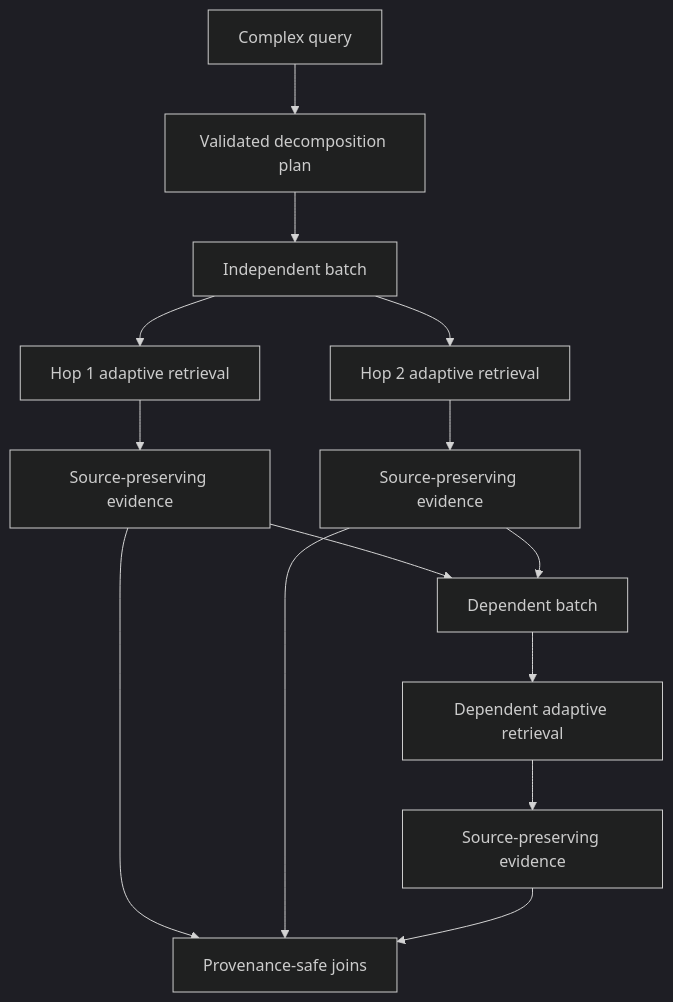
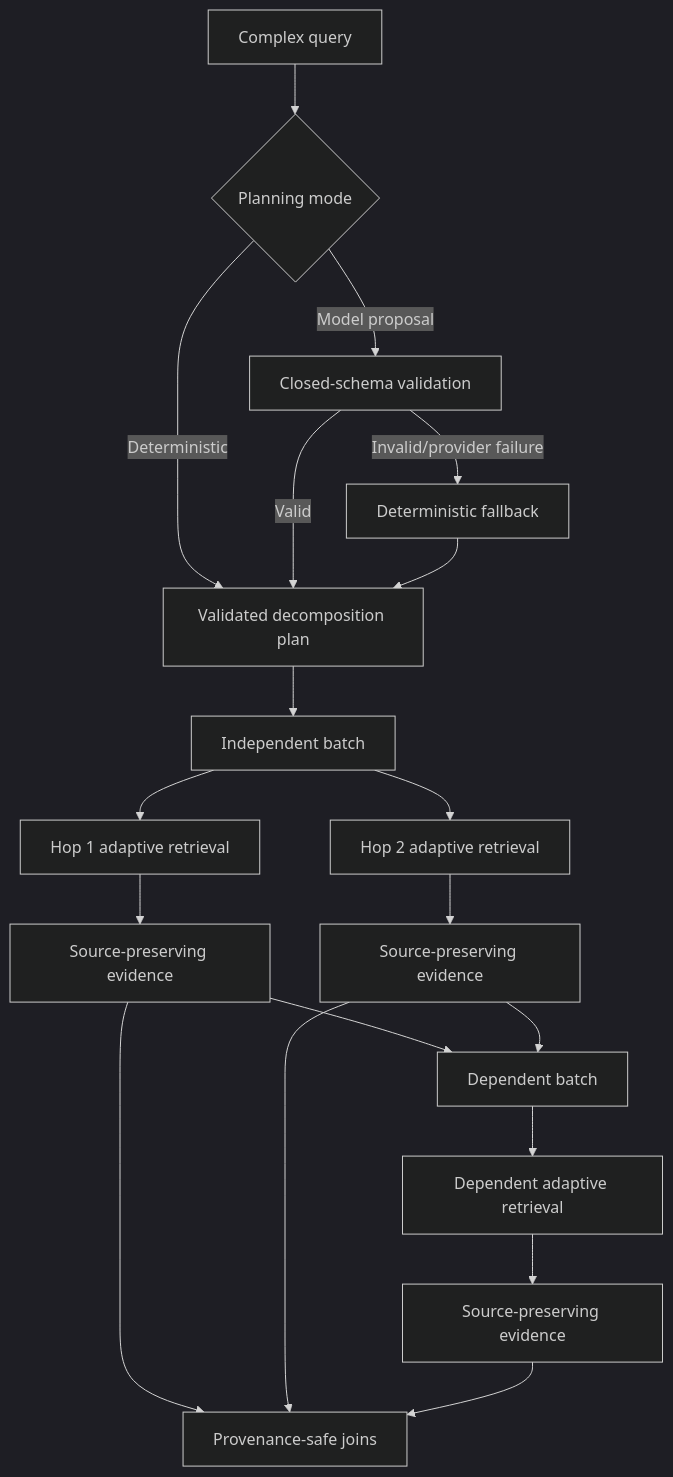
Before and after one commit to Anurag9000/RigorousRAG: the diagram in docs/MULTIHOP_RETRIEVAL.md, drawn with Mermaid (dark theme). The commit also changed other lines of this file, not shown here.

Commit message:
Document strict model-assisted decomposition

````diff
--- a/docs/MULTIHOP_RETRIEVAL.md
+++ b/docs/MULTIHOP_RETRIEVAL.md
@@ -32,16 +40,21 @@
 ```mermaid
 graph TD
-    Q[Complex query] --> D[Validated decomposition plan]
+    Q[Complex query] --> P{Planning mode}
+    P -->|Deterministic| D[Validated decomposition plan]
+    P -->|Model proposal| S[Closed-schema validation]
+    S -->|Valid| D
+    S -->|Invalid/provider failure| F[Deterministic fallback]
+    F --> D
     D --> B1[Independent batch]
     B1 --> H1[Hop 1 adaptive retrieval]
     B1 --> H2[Hop 2 adaptive retrieval]
     H1 --> L1[Source-preserving evidence]
     H2 --> L2[Source-preserving evidence]
     L1 --> B2[Dependent batch]
     L2 --> B2
     B2 --> H3[Dependent adaptive retrieval]
     H3 --> L3[Source-preserving evidence]
     L1 --> J[Provenance-safe joins]
     L2 --> J
     L3 --> J
 ```
````
